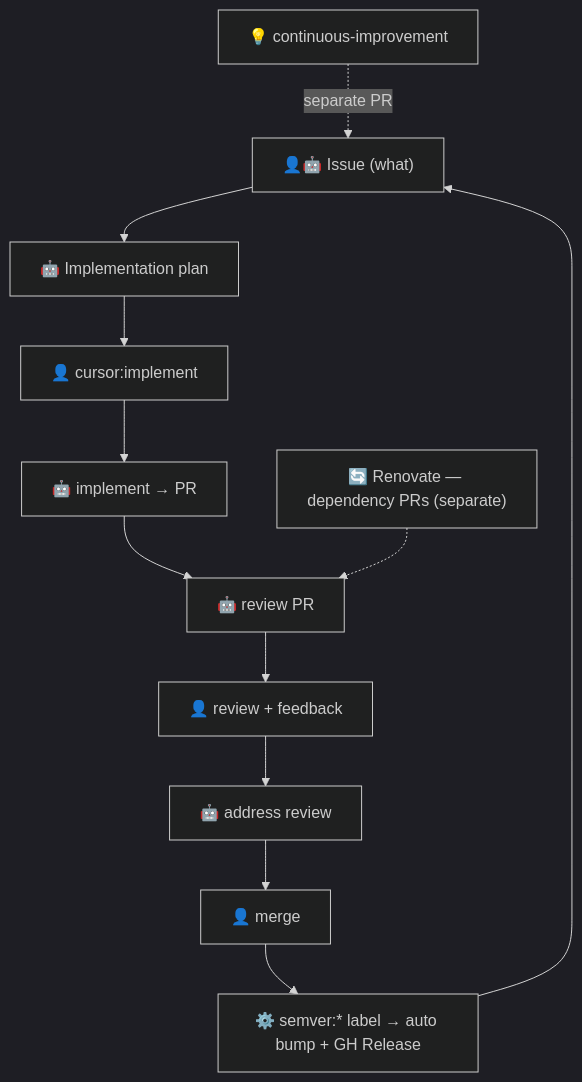
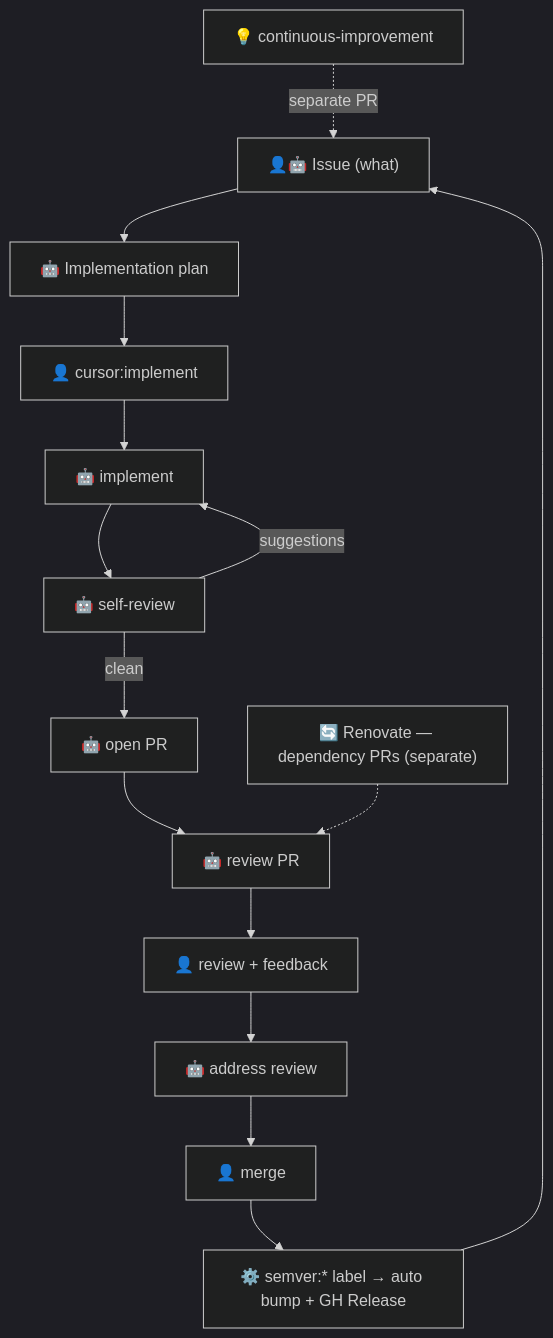
One commit to syakoo/syakoo-lab changed the diagram in .cursor/rules/ai-workflow.mdc. Above: the diagram before and after it, drawn with Mermaid (dark theme). The commit also changed other lines of this file and 14 other files, not shown here.

First line of the commit message:
docs(cursor): retire unused skills and loop self-review until clean

````diff
--- a/.cursor/rules/ai-workflow.mdc
+++ b/.cursor/rules/ai-workflow.mdc
@@ -21,14 +22,17 @@
 ```mermaid
 flowchart TD
   A["👤🤖 Issue (what)"] --> B["🤖 Implementation plan"]
   B --> C["👤 cursor:implement"]
-  C --> D["🤖 implement → PR"]
-  D --> E["🤖 review PR"]
+  C --> D["🤖 implement"]
+  D --> S["🤖 self-review"]
+  S -->|"suggestions"| D
+  S -->|"clean"| P["🤖 open PR"]
+  P --> E["🤖 review PR"]
   E --> F["👤 review + feedback"]
   F --> G["🤖 address review"]
   G --> H["👤 merge"]
   H --> J["⚙️ semver:* label → auto bump + GH Release"]
   J --> A
   L["💡 continuous-improvement"] -.separate PR.-> A
   R["🔄 Renovate — dependency PRs (separate)"] -.-> E
 ```
````
